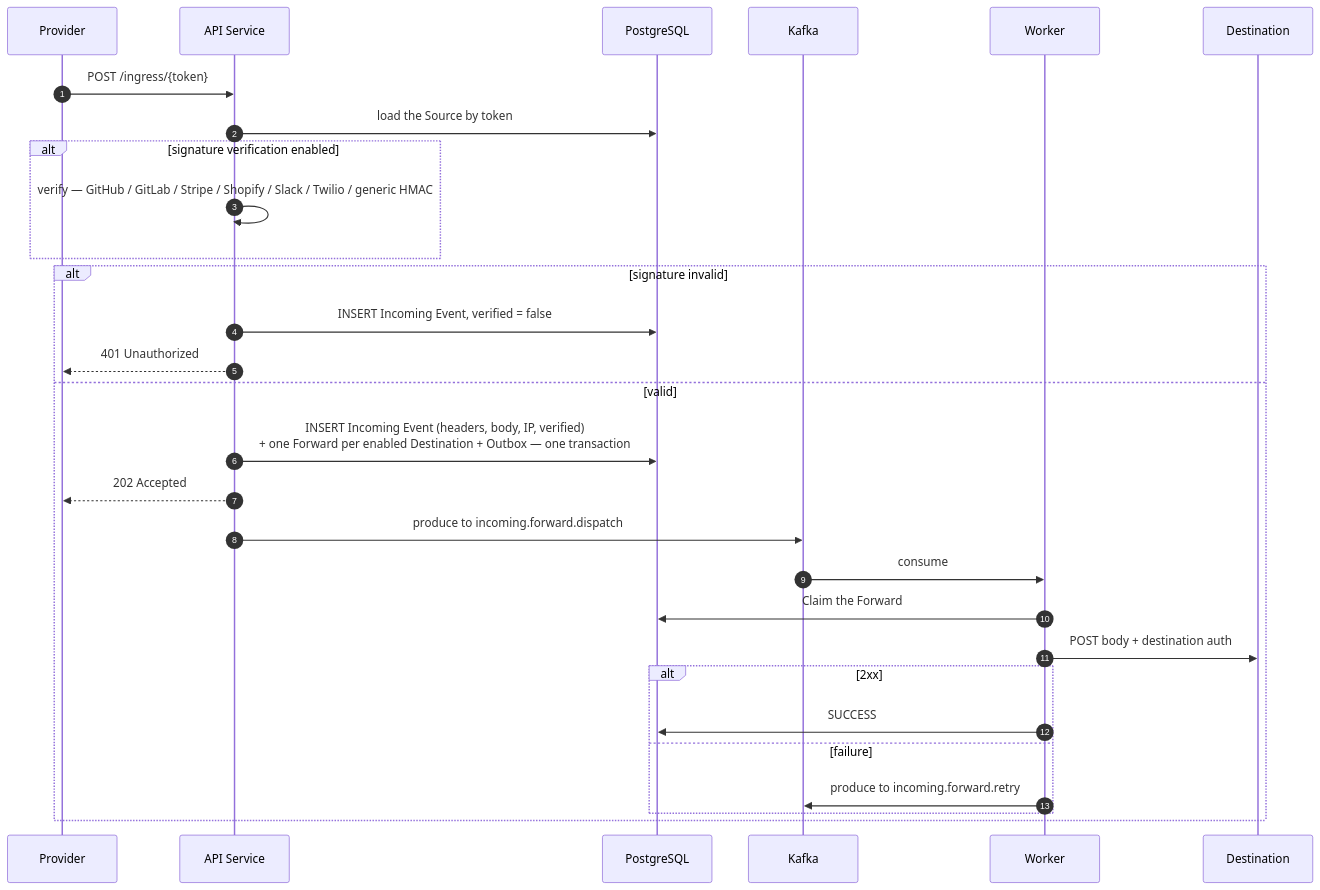
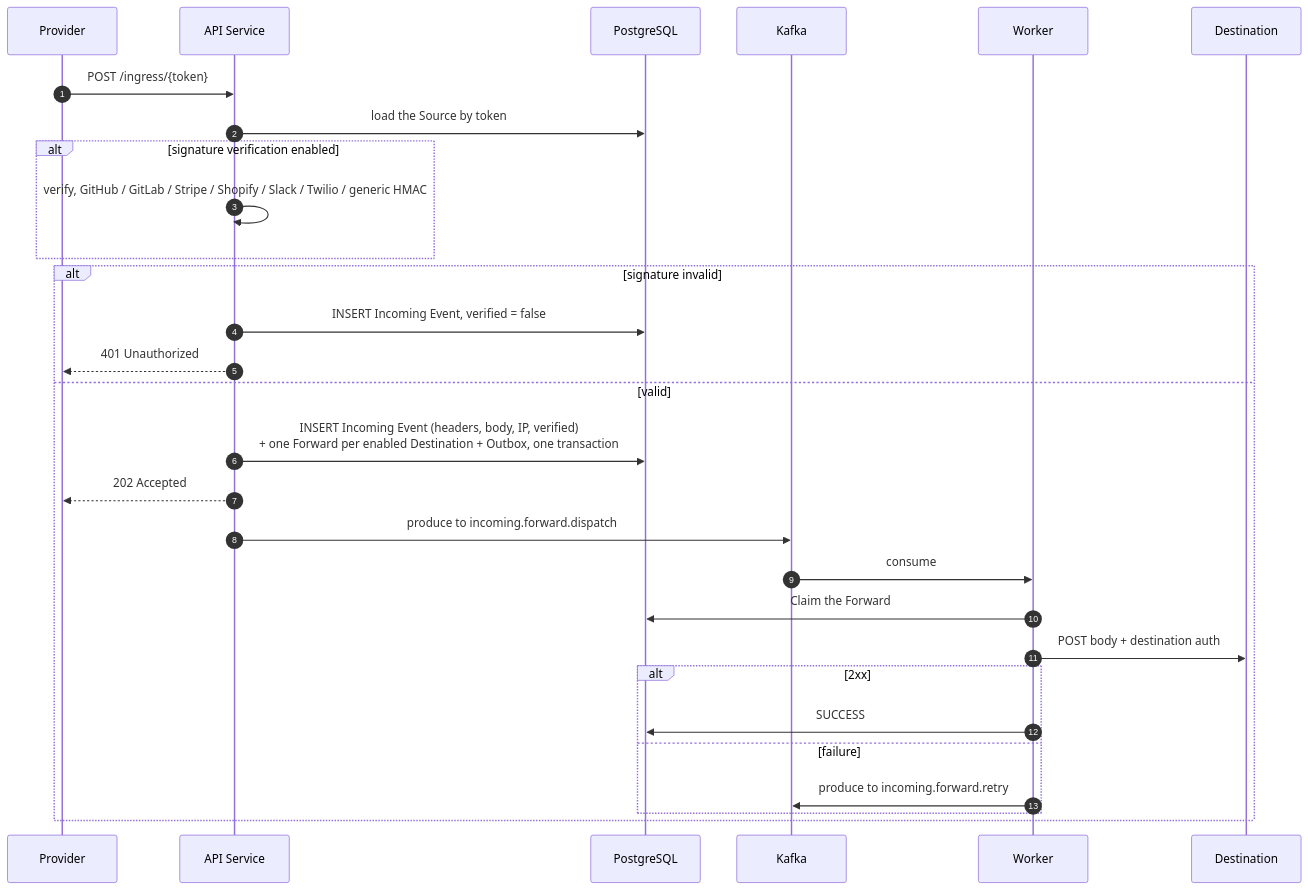
Before and after one commit to vadymkykalo/railhook: the fifth of 14 diagrams in docs/ARCHITECTURE.md, drawn with Mermaid. The commit also changed other lines of this file and 1 other file, not shown here.

Commit message:
docs: halve the prose in ARCHITECTURE and OPERATIONS, keep diagrams and procedures

````diff
--- a/docs/ARCHITECTURE.md
+++ b/docs/ARCHITECTURE.md
@@ -273,34 +239,34 @@
 ```mermaid
 sequenceDiagram
     autonumber
     participant P as Provider
     participant API as API Service
     participant DB as PostgreSQL
     participant K as Kafka
     participant W as Worker
     participant D as Destination
 
     P->>API: POST /ingress/{token}
     API->>DB: load the Source by token
 
     alt signature verification enabled
-        API->>API: verify — GitHub / GitLab / Stripe / Shopify / Slack / Twilio / generic HMAC
+        API->>API: verify, GitHub / GitLab / Stripe / Shopify / Slack / Twilio / generic HMAC
     end
 
     alt signature invalid
         API->>DB: INSERT Incoming Event, verified = false
         API-->>P: 401 Unauthorized
     else valid
-        API->>DB: INSERT Incoming Event (headers, body, IP, verified)<br/>+ one Forward per enabled Destination + Outbox — one transaction
+        API->>DB: INSERT Incoming Event (headers, body, IP, verified)<br/>+ one Forward per enabled Destination + Outbox, one transaction
         API-->>P: 202 Accepted
         API->>K: produce to incoming.forward.dispatch
         K->>W: consume
         W->>DB: Claim the Forward
         W->>D: POST body + destination auth
         alt 2xx
             W->>DB: SUCCESS
         else failure
             W->>K: produce to incoming.forward.retry
         end
     end
 ```
````
